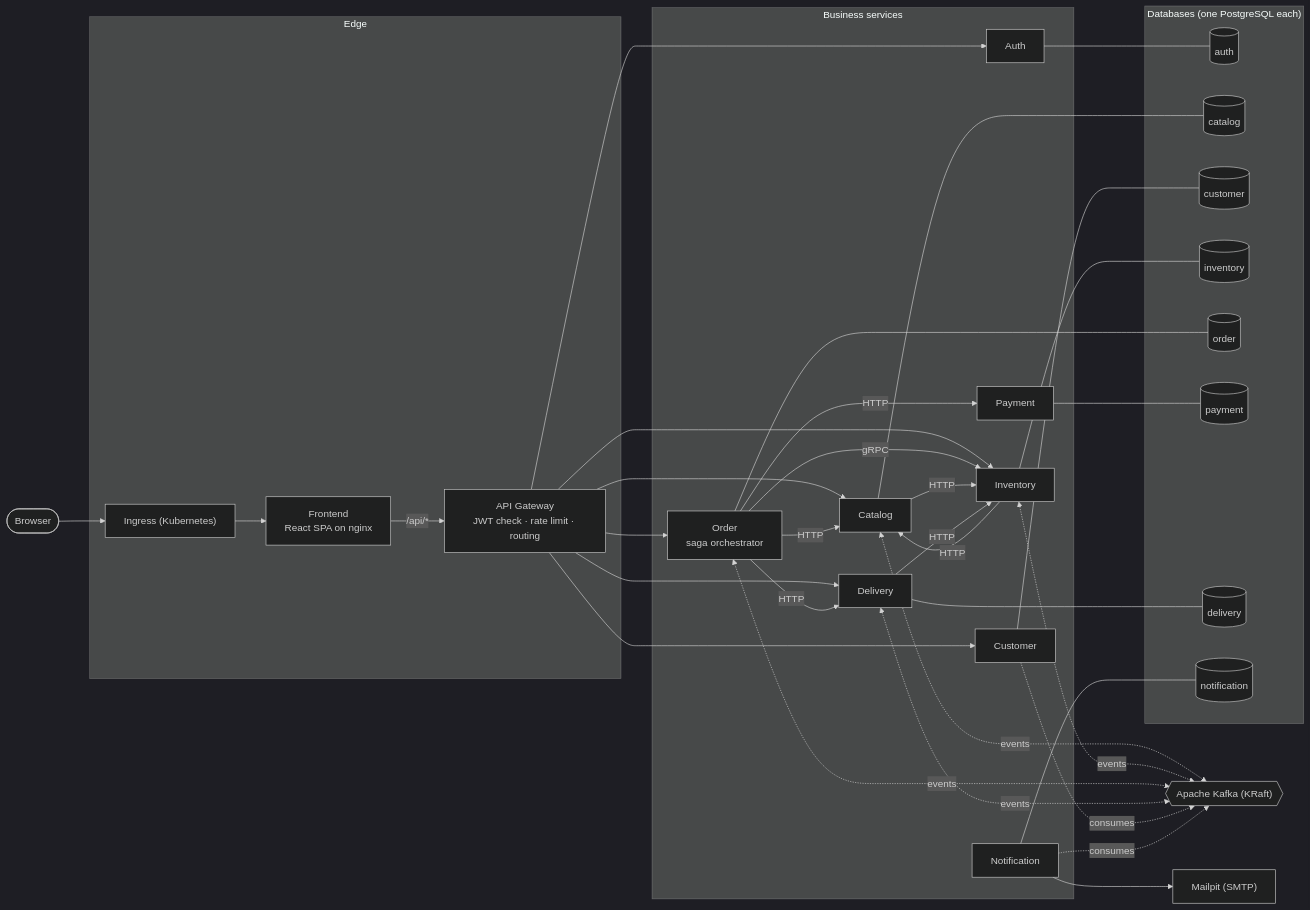
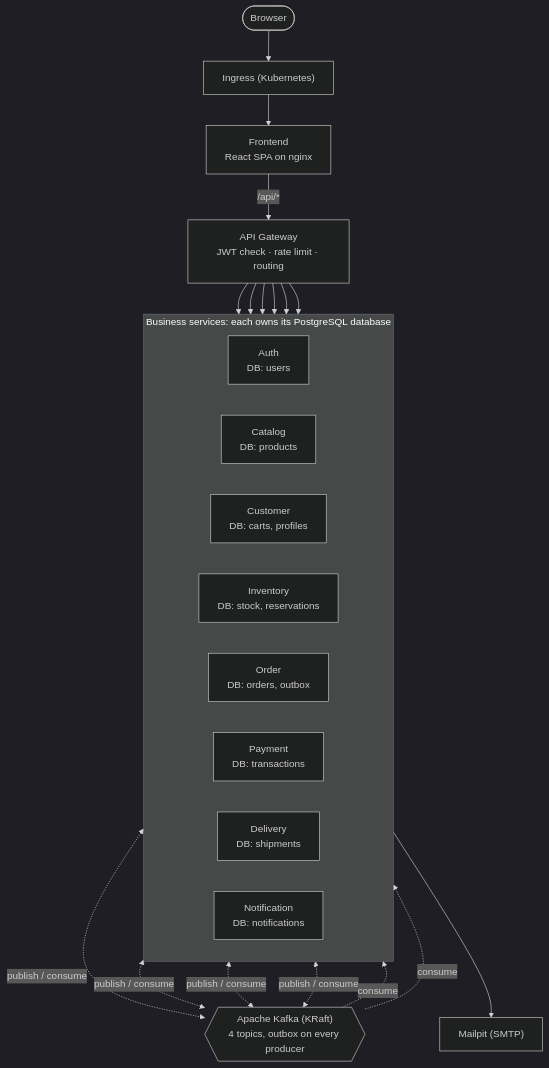
The first of 5 diagrams in docs/design/architecture.md (Relrige/Spring-microservice), drawn with Mermaid (dark theme) before and after one commit. The commit also changed other lines of this file, not shown here.

Commit message:
Docs: clearer system overview diagram for slides
One row of services with their databases named inside, Kafka and Mailpit
below; service-to-service calls stay in the synchronous diagram.

````diff
--- a/docs/design/architecture.md
+++ b/docs/design/architecture.md
@@ -11,63 +11,25 @@
 ```mermaid
-flowchart LR
-    browser(["Browser"])
+flowchart TB
+    browser(["Browser"]) --> ingress["Ingress (Kubernetes)"]
+    ingress --> frontend["Frontend<br/>React SPA on nginx"]
+    frontend -->|"/api/*"| gateway["API Gateway<br/>JWT check · rate limit · routing"]
 
-    subgraph edge["Edge"]
-        ingress["Ingress (Kubernetes)"]
-        frontend["Frontend<br/>React SPA on nginx"]
-        gateway["API Gateway<br/>JWT check · rate limit · routing"]
+    subgraph services["Business services: each owns its PostgreSQL database"]
+        direction LR
+        auth["Auth<br/>DB: users"]
+        catalog["Catalog<br/>DB: products"]
+        customer["Customer<br/>DB: carts, profiles"]
+        inventory["Inventory<br/>DB: stock, reservations"]
+        order["Order<br/>DB: orders, outbox"]
+        payment["Payment<br/>DB: transactions"]
+        delivery["Delivery<br/>DB: shipments"]
+        notification["Notification<br/>DB: notifications"]
     end
 
-    subgraph services["Business services"]
-        auth["Auth"]
-        catalog["Catalog"]
-        customer["Customer"]
-        inventory["Inventory"]
-        order["Order<br/>saga orchestrator"]
-        payment["Payment"]
-        delivery["Delivery"]
-        notification["Notification"]
-    end
-
-    subgraph data["Databases (one PostgreSQL each)"]
-        authdb[("auth")]
-        catalogdb[("catalog")]
-        customerdb[("customer")]
-        inventorydb[("inventory")]
-        orderdb[("order")]
-        paymentdb[("payment")]
-        deliverydb[("delivery")]
-        notificationdb[("notification")]
-    end
-
-    kafka{{"Apache Kafka (KRaft)"}}
-    mailpit["Mailpit (SMTP)"]
-
-    browser --> ingress --> frontend -->|"/api/*"| gateway
     gateway --> auth & catalog & customer & inventory & order & delivery
 
-    order -->|HTTP| catalog
-    order -->|HTTP| payment
-    order -->|HTTP| delivery
-    order -->|gRPC| inventory
-    catalog -->|HTTP| inventory
-    inventory -->|HTTP| catalog
-    delivery -->|HTTP| inventory
-
-    auth --- authdb
-    catalog --- catalogdb
-    customer --- customerdb
-    inventory --- inventorydb
-    order --- orderdb
-    payment --- paymentdb
-    delivery --- deliverydb
-    notification --- notificationdb
-
-    catalog <-.->|events| kafka
-    inventory <-.->|events| kafka
-    order <-.->|events| kafka
-    delivery <-.->|events| kafka
-    customer -.->|consumes| kafka
-    notification -.->|consumes| kafka
-    notification --> mailpit
+    kafka{{"Apache Kafka (KRaft)<br/>4 topics, outbox on every producer"}}
+    catalog & inventory & order & delivery <-.->|"publish / consume"| kafka
+    kafka -.->|consume| customer & notification
+    notification --> mailpit["Mailpit (SMTP)"]
 ```
````
